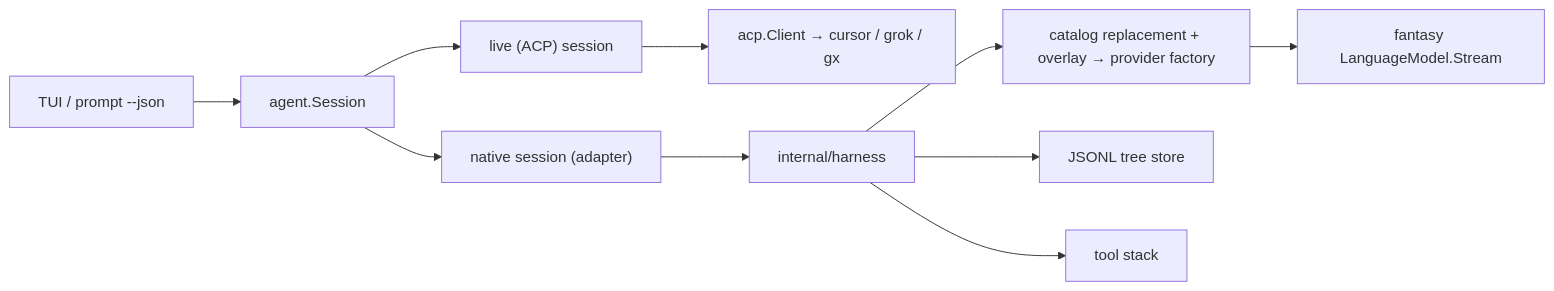
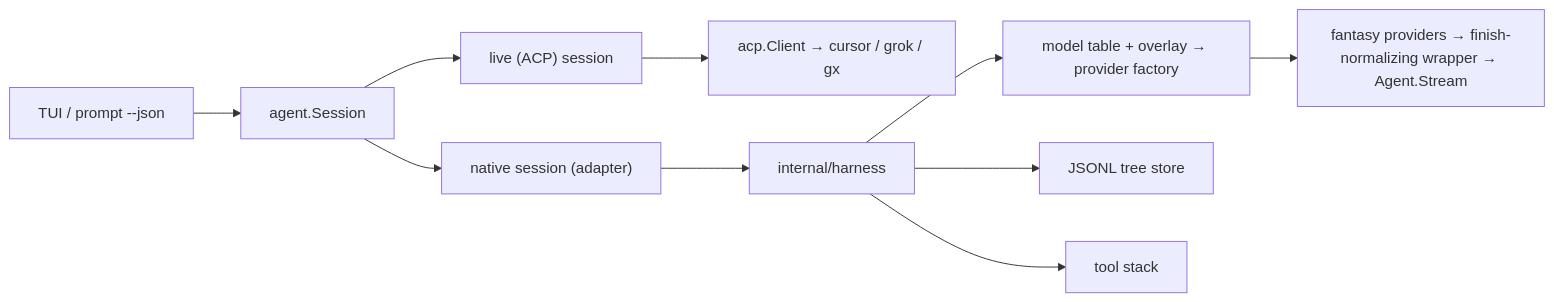
Before and after one commit to charliek/craze: the diagram in discovery/native-harness/02-architecture.md, drawn with Mermaid. The commit also changed other lines of this file and 7 other files, not shown here.

````diff
--- a/discovery/native-harness/02-architecture.md
+++ b/discovery/native-harness/02-architecture.md
@@ -13,12 +13,12 @@
 ```mermaid
 flowchart LR
   tui["TUI / prompt --json"] --> session["agent.Session"]
   session --> live["live (ACP) session"]
   session --> native["native session (adapter)"]
   live --> acp["acp.Client → cursor / grok / gx"]
   native --> harness["internal/harness"]
-  harness --> providers["catalog replacement + overlay → provider factory"]
-  providers --> fantasy["fantasy LanguageModel.Stream"]
+  harness --> providers["model table + overlay → provider factory"]
+  providers --> fantasy["fantasy providers → finish-normalizing wrapper → Agent.Stream"]
   harness --> store["JSONL tree store"]
   harness --> tools["tool stack"]
 ```
````
